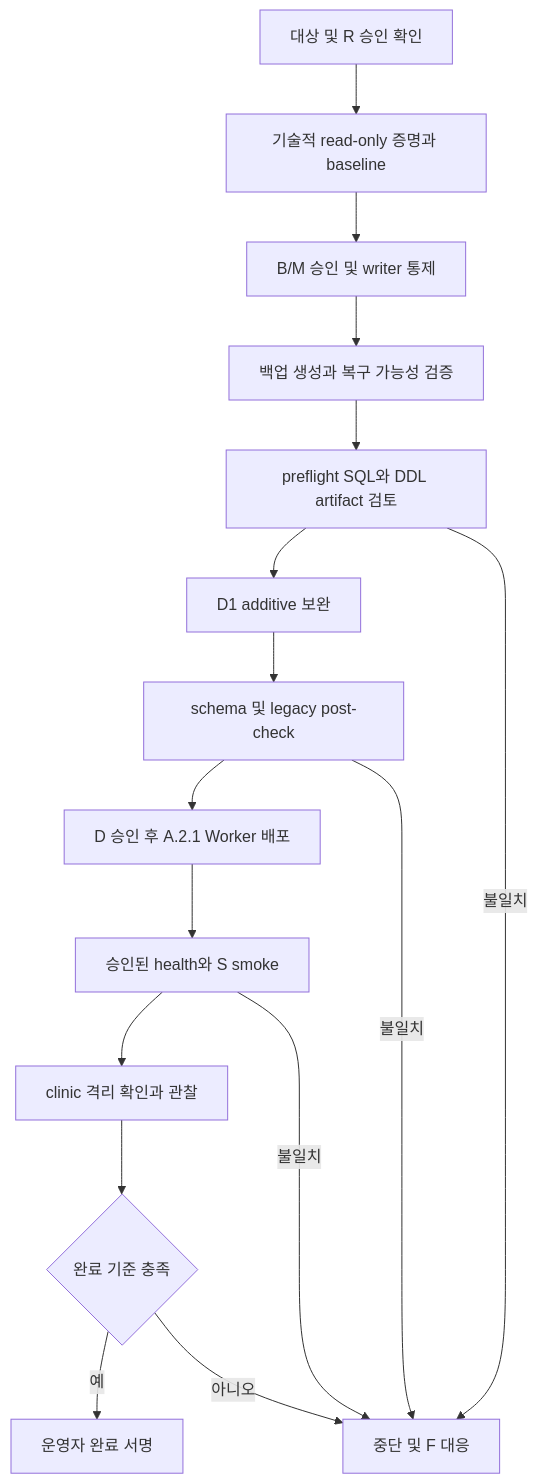
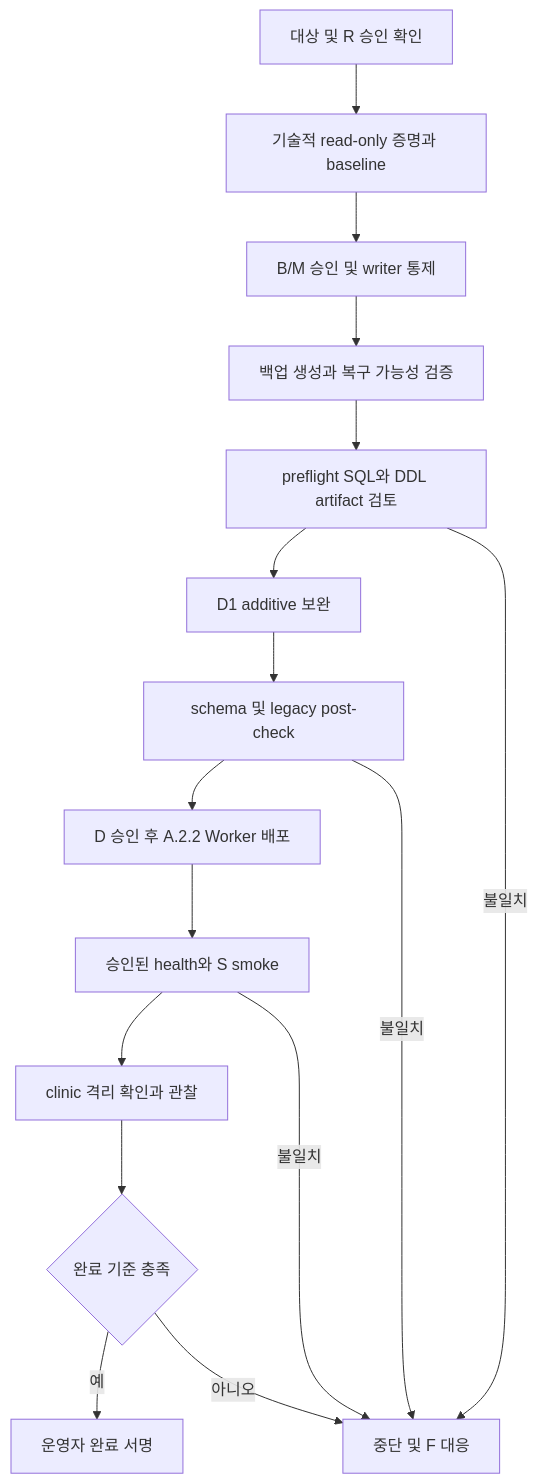
Before and after one commit to carestepclinic/carestepclinic.github.io: the diagram in docs/worker-a2-1-production-runbook.md, drawn with Mermaid. The commit also changed other lines of this file and 13 other files, not shown here.

Commit message:
fix: guarantee followup assignment schema in v10.7-A.2.2

````diff
--- a/docs/worker-a2-1-production-runbook.md
+++ b/docs/worker-a2-1-production-runbook.md
@@ -280,18 +300,18 @@
 ```mermaid
 flowchart TD
   A[대상 및 R 승인 확인] --> B[기술적 read-only 증명과 baseline]
   B --> C[B/M 승인 및 writer 통제]
   C --> D[백업 생성과 복구 가능성 검증]
   D --> E[preflight SQL와 DDL artifact 검토]
   E --> F[D1 additive 보완]
   F --> G[schema 및 legacy post-check]
-  G --> H[D 승인 후 A.2.1 Worker 배포]
+  G --> H[D 승인 후 A.2.2 Worker 배포]
   H --> I[승인된 health와 S smoke]
   I --> J[clinic 격리 확인과 관찰]
   J --> K{완료 기준 충족}
   K -->|예| L[운영자 완료 서명]
   K -->|아니오| M[중단 및 F 대응]
   E -->|불일치| M
   G -->|불일치| M
   I -->|불일치| M
 ```
````
